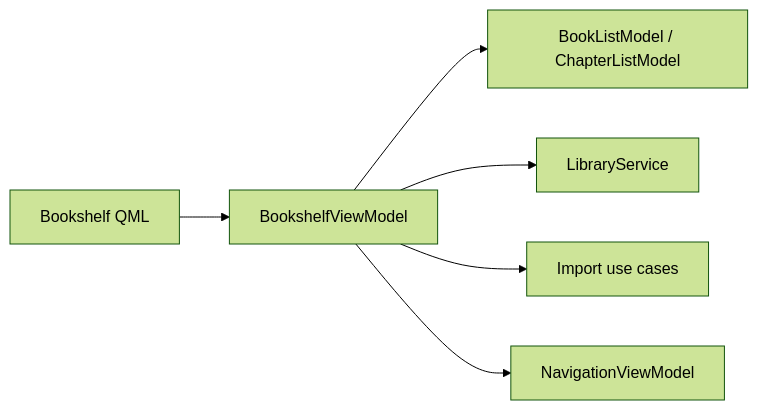
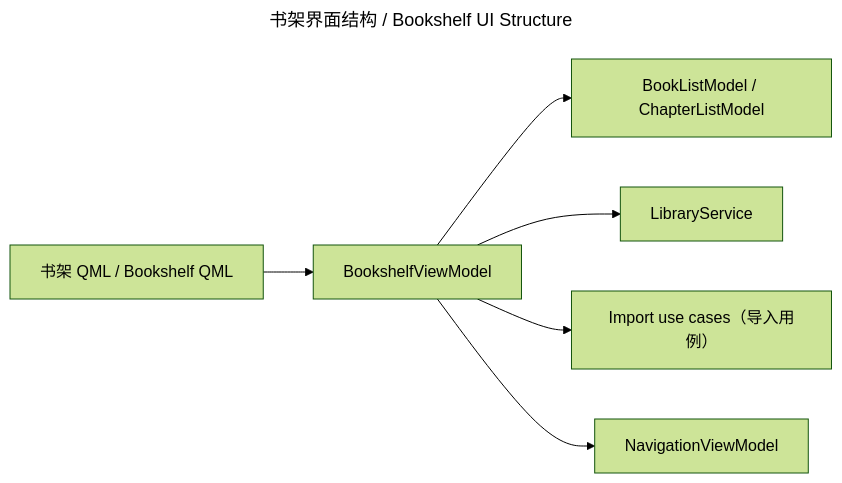
The diagram in wiki/codewiki/bookshelf_ui.md (peakwheat-pixel/New-Manga), drawn with Mermaid (forest theme) before and after one commit. The commit also changed 16 other files, not shown here.

Commit message:
docs: apply bilingual diagram policy to CodeWiki diagrams

````diff
--- a/wiki/codewiki/bookshelf_ui.md
+++ b/wiki/codewiki/bookshelf_ui.md
@@ -35,8 +35,11 @@
 ```mermaid
+---
+title: 书架界面结构 / Bookshelf UI Structure
+---
 flowchart LR
-    QML["Bookshelf QML"] --> VM["BookshelfViewModel"]
+    QML["书架 QML / Bookshelf QML"] --> VM["BookshelfViewModel"]
     VM --> MODELS["BookListModel / ChapterListModel"]
     VM --> LIB["LibraryService"]
-    VM --> IMPORT["Import use cases"]
+    VM --> IMPORT["Import use cases（导入用例）"]
     VM --> NAV["NavigationViewModel"]
 ```
````
